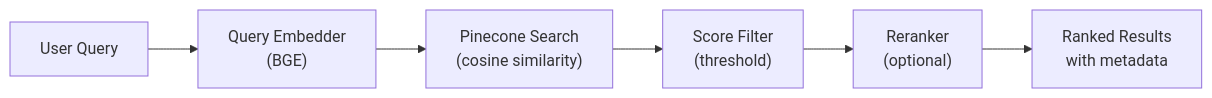
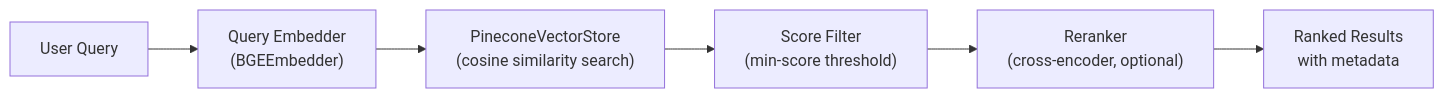
The sixth of 8 diagrams in ARCHITECTURE.md (ashutosh2652/ReplyPilot), drawn with Mermaid before and after one commit. The commit also changed other lines of this file and 2 other files, not shown here.

Commit message:
update README with detailed architecture, service-specific environment configurations, and project structure documentation

````diff
--- a/ARCHITECTURE.md
+++ b/ARCHITECTURE.md
@@ -346,8 +421,8 @@
 ```mermaid
 flowchart LR
-    Q["User Query"] --> E["Query Embedder<br/>(BGE)"]
-    E --> P["Pinecone Search<br/>(cosine similarity)"]
-    P --> F["Score Filter<br/>(threshold)"]
-    F --> R["Reranker<br/>(optional)"]
+    Q["User Query"] --> E["Query Embedder<br/>(BGEEmbedder)"]
+    E --> P["PineconeVectorStore<br/>(cosine similarity search)"]
+    P --> F["Score Filter<br/>(min-score threshold)"]
+    F --> R["Reranker<br/>(cross-encoder, optional)"]
     R --> RES["Ranked Results<br/>with metadata"]
 ```
````
